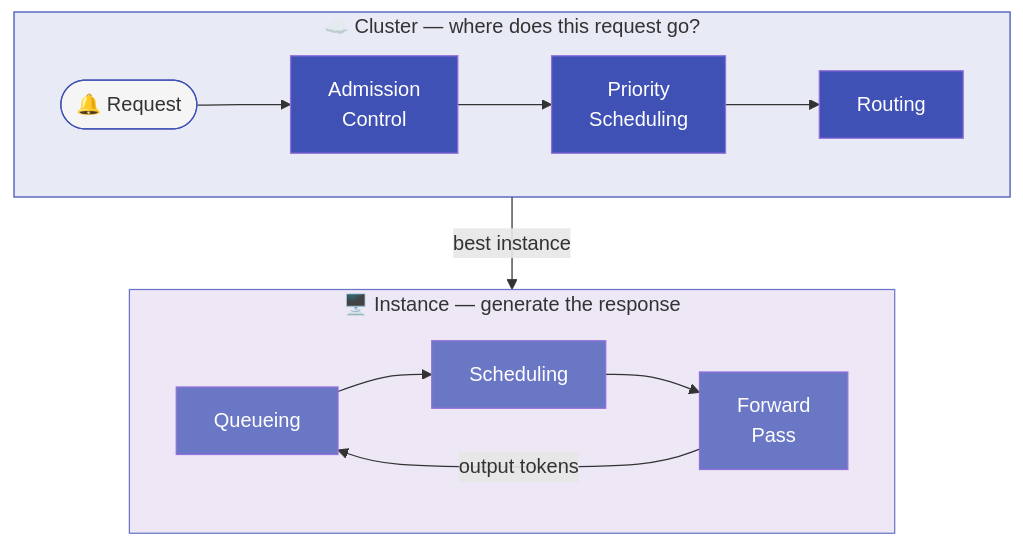
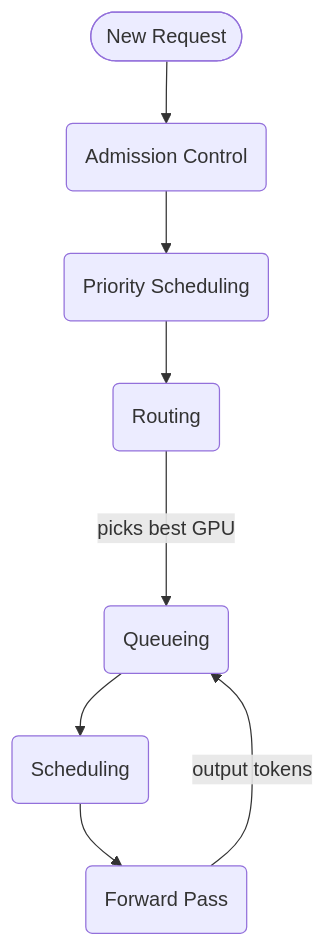
One commit to inference-sim/inference-sim changed the first of 3 diagrams in docs/blog/posts/why-simulate-before-you-scale.md. Above: the diagram before and after it, drawn with Mermaid.

Commit message:
fix(docs): minimal pipeline diagram — no subgraphs, no custom colors
Simple top-down flow with rounded nodes, default mermaid theme. The
"picks best GPU" label on the Routing→Queueing edge naturally marks
the cluster-to-instance boundary. Caption explains the split.

````diff
--- a/docs/blog/posts/why-simulate-before-you-scale.md
+++ b/docs/blog/posts/why-simulate-before-you-scale.md
@@ -36,25 +36,10 @@
 ```mermaid
 flowchart TD
-    subgraph cluster ["☁️ Cluster — where does this request go?"]
-        direction LR
-        R(["🔔 Request"]) --> AC["Admission<br>Control"] --> PS["Priority<br>Scheduling"] --> RT["Routing"]
-    end
-
-    subgraph instance ["🖥️ Instance — generate the response"]
-        direction LR
-        Q["Queueing"] --> S["Scheduling"] --> FP["Forward<br>Pass"]
-        FP -->|"output tokens"| Q
-    end
-
-    RT -->|"best instance"| Q
-
-    style R fill:#f5f5f5,color:#333,stroke:#4051b5
-    style AC fill:#4051b5,color:#fff
-    style PS fill:#4051b5,color:#fff
-    style RT fill:#4051b5,color:#fff
-    style Q fill:#6a77c4,color:#fff
-    style S fill:#6a77c4,color:#fff
-    style FP fill:#6a77c4,color:#fff
-    style cluster fill:#e8eaf6,stroke:#4051b5,color:#333
-    style instance fill:#ede7f6,stroke:#6a77c4,color:#333
+    R(["New Request"]) --> AC("Admission Control")
+    AC --> PS("Priority Scheduling")
+    PS --> RT("Routing")
+    RT --->|"picks best GPU"| Q("Queueing")
+    Q --> S("Scheduling")
+    S --> FP("Forward Pass")
+    FP -->|"output tokens"| Q
 ```
````
